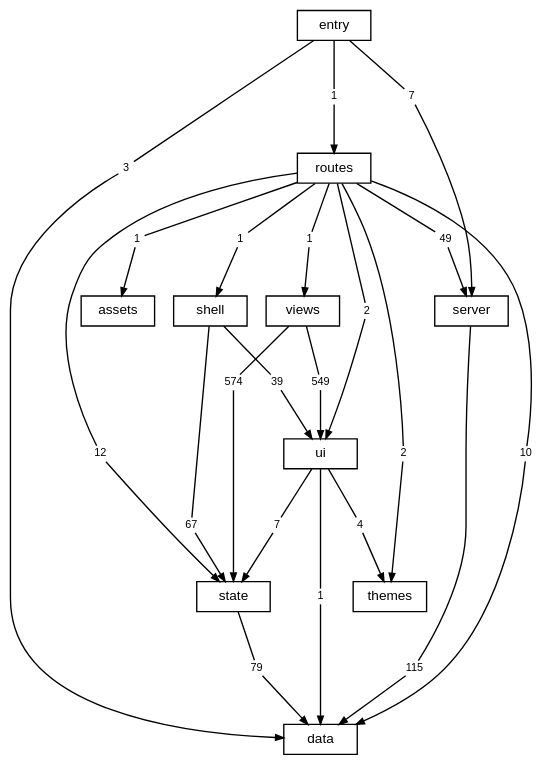
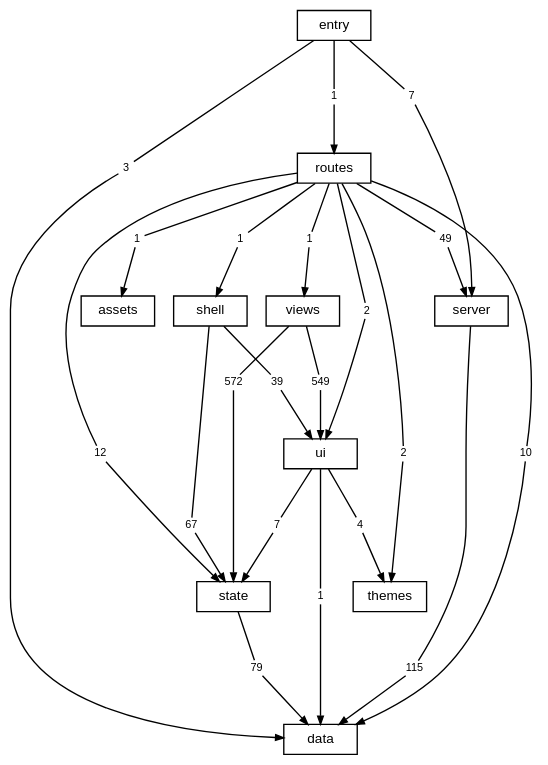
Before and after one commit to TheAxeC/oculus: the diagram in docs/diagrams/layers.dot, drawn with Graphviz. The commit also changed 64 other files, not shown here.

```diff
--- a/docs/diagrams/layers.dot
+++ b/docs/diagrams/layers.dot
@@ -1,75 +1,75 @@
 digraph layers {
     graph [bgcolor="transparent", rankdir=TB, newrank=true, fontname="Helvetica,Arial,sans-serif", fontsize=12, nodesep=0.2, ranksep=0.5];
     node [shape=box, color="black", fontcolor="black", fontname="Helvetica,Arial,sans-serif", fontsize=10, height=0.3, margin="0.12,0.04"];
     edge [color="black", fontcolor="black", fontname="Helvetica,Arial,sans-serif", fontsize=8, arrowsize=0.6];
     "data";
     "server";
     "state";
     "ui";
     "shell";
     "views";
     "themes";
     "routes";
     "src" [label="entry"];
     "files: assets" [label="assets"];
     "routes to data" [label="10", shape=box, color="transparent", fontsize=8, width=0, height=0, margin="0.04,0.02"];
     "routes" -> "routes to data" [arrowhead=none];
     "routes to data" -> "data" [];
     "routes to files: assets" [label="1", shape=box, color="transparent", fontsize=8, width=0, height=0, margin="0.04,0.02"];
     "routes" -> "routes to files: assets" [arrowhead=none];
     "routes to files: assets" -> "files: assets" [];
     "routes to server" [label="49", shape=box, color="transparent", fontsize=8, width=0, height=0, margin="0.04,0.02"];
     "routes" -> "routes to server" [arrowhead=none];
     "routes to server" -> "server" [];
     "routes to shell" [label="1", shape=box, color="transparent", fontsize=8, width=0, height=0, margin="0.04,0.02"];
     "routes" -> "routes to shell" [arrowhead=none];
     "routes to shell" -> "shell" [];
     "routes to state" [label="12", shape=box, color="transparent", fontsize=8, width=0, height=0, margin="0.04,0.02"];
     "routes" -> "routes to state" [arrowhead=none];
     "routes to state" -> "state" [];
     "routes to themes" [label="2", shape=box, color="transparent", fontsize=8, width=0, height=0, margin="0.04,0.02"];
     "routes" -> "routes to themes" [arrowhead=none];
     "routes to themes" -> "themes" [];
     "routes to ui" [label="2", shape=box, color="transparent", fontsize=8, width=0, height=0, margin="0.04,0.02"];
     "routes" -> "routes to ui" [arrowhead=none];
     "routes to ui" -> "ui" [];
     "routes to views" [label="1", shape=box, color="transparent", fontsize=8, width=0, height=0, margin="0.04,0.02"];
     "routes" -> "routes to views" [arrowhead=none];
     "routes to views" -> "views" [];
     "server to data" [label="115", shape=box, color="transparent", fontsize=8, width=0, height=0, margin="0.04,0.02"];
     "server" -> "server to data" [arrowhead=none];
     "server to data" -> "data" [];
     "shell to state" [label="67", shape=box, color="transparent", fontsize=8, width=0, height=0, margin="0.04,0.02"];
     "shell" -> "shell to state" [arrowhead=none];
     "shell to state" -> "state" [];
     "shell to ui" [label="39", shape=box, color="transparent", fontsize=8, width=0, height=0, margin="0.04,0.02"];
     "shell" -> "shell to ui" [arrowhead=none];
     "shell to ui" -> "ui" [];
     "src to data" [label="3", shape=box, color="transparent", fontsize=8, width=0, height=0, margin="0.04,0.02"];
     "src" -> "src to data" [arrowhead=none];
     "src to data" -> "data" [];
     "src to routes" [label="1", shape=box, color="transparent", fontsize=8, width=0, height=0, margin="0.04,0.02"];
     "src" -> "src to routes" [arrowhead=none];
     "src to routes" -> "routes" [];
     "src to server" [label="7", shape=box, color="transparent", fontsize=8, width=0, height=0, margin="0.04,0.02"];
     "src" -> "src to server" [arrowhead=none];
     "src to server" -> "server" [];
     "state to data" [label="79", shape=box, color="transparent", fontsize=8, width=0, height=0, margin="0.04,0.02"];
     "state" -> "state to data" [arrowhead=none];
     "state to data" -> "data" [];
     "ui to data" [label="1", shape=box, color="transparent", fontsize=8, width=0, height=0, margin="0.04,0.02"];
     "ui" -> "ui to data" [arrowhead=none];
     "ui to data" -> "data" [];
     "ui to state" [label="7", shape=box, color="transparent", fontsize=8, width=0, height=0, margin="0.04,0.02"];
     "ui" -> "ui to state" [arrowhead=none];
     "ui to state" -> "state" [];
     "ui to themes" [label="4", shape=box, color="transparent", fontsize=8, width=0, height=0, margin="0.04,0.02"];
     "ui" -> "ui to themes" [arrowhead=none];
     "ui to themes" -> "themes" [];
-    "views to state" [label="574", shape=box, color="transparent", fontsize=8, width=0, height=0, margin="0.04,0.02"];
+    "views to state" [label="572", shape=box, color="transparent", fontsize=8, width=0, height=0, margin="0.04,0.02"];
     "views" -> "views to state" [arrowhead=none];
     "views to state" -> "state" [];
     "views to ui" [label="549", shape=box, color="transparent", fontsize=8, width=0, height=0, margin="0.04,0.02"];
     "views" -> "views to ui" [arrowhead=none];
     "views to ui" -> "ui" [];
 }
```
